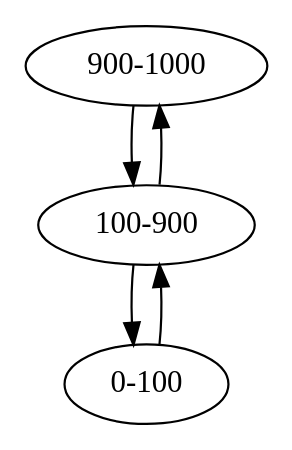
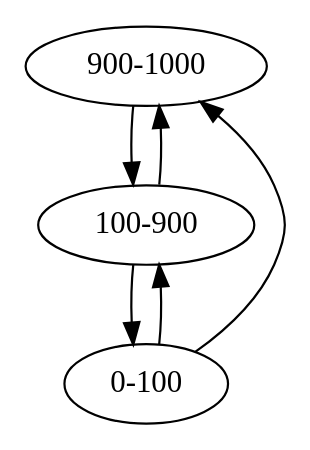
The diagram in assemblyline/deprecated/old_tests/basic_split3.dot (bmpvieira-forks/assemblyline), drawn with Graphviz before and after one commit. The commit also changed 15 other files, not shown here.

```diff
--- a/assemblyline/deprecated/old_tests/basic_split3.dot
+++ b/assemblyline/deprecated/old_tests/basic_split3.dot
@@ -1,9 +1,10 @@
 strict digraph G {
-"900-1000" [data="[id=G1.1,strand=.,score=0.100000],[id=G2.1,strand=.,score=0.100000]"];
-"0-100" [data="[id=G1.1,strand=.,score=0.100000],[id=G2.1,strand=.,score=0.100000]"];
-"100-900" [data="[id=G2.1,strand=.,score=0.800000]"];
-"900-1000" -> "100-900"  [data="[id=G2.1,strand=.,score=0.001000]"];
-"0-100" -> "100-900"  [data="[id=G2.1,strand=.,score=0.001000]"];
-"100-900" -> "900-1000"  [data="[id=G2.1,strand=.,score=0.001000]"];
-"100-900" -> "0-100"  [data="[id=G2.1,strand=.,score=0.001000]"];
+"900-1000" [ids="['G1.1', 'G2.1']", strand_density="['1.000', '0.000', '1.000']"];
+"0-100" [ids="['G1.1', 'G2.1']", strand_density="['1.000', '0.000', '1.000']"];
+"100-900" [ids="['G2.1']", strand_density="['0.000', '0.000', '1.000']"];
+"900-1000" -> "100-900"  [ids="['G2.1']"];
+"0-100" -> "900-1000"  [ids="['G1.1']"];
+"0-100" -> "100-900"  [ids="['G2.1']"];
+"100-900" -> "900-1000"  [ids="['G2.1']"];
+"100-900" -> "0-100"  [ids="['G2.1']"];
 }
```
